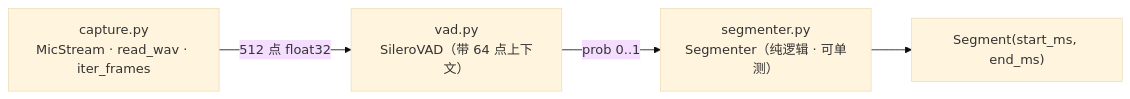
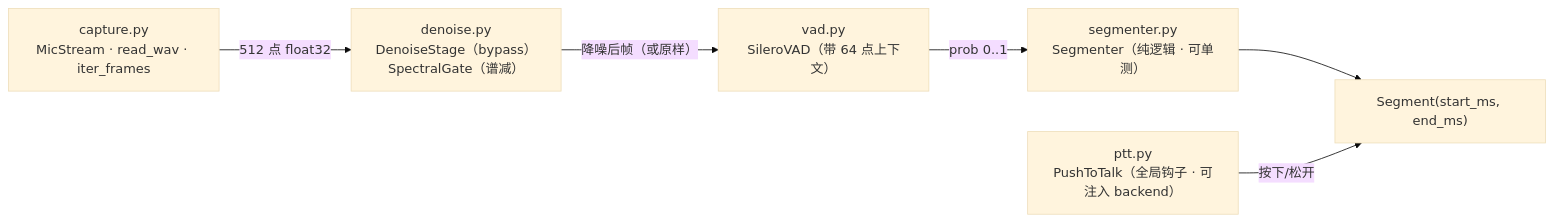
Before and after one commit to DongyueHAN/VoxDesk: the third of 3 diagrams in audio/README.md, drawn with Mermaid (base theme). The commit also changed other lines of this file and 10 other files, not shown here.

First line of the commit message:
feat(audio): M1 收尾——降噪 Stage 与 PTT 热键 [v0.5.0] @ 2026-11-05T02:15+08:00

````diff
--- a/audio/README.md
+++ b/audio/README.md
@@ -61,12 +67,16 @@
 ```mermaid
 %% diagram: AUD-L3 音频切片组件（已实现） | updated: 2026-11-05
 flowchart LR
     CAP["capture.py<br/>MicStream · read_wav · iter_frames"]
+    DN["denoise.py<br/>DenoiseStage（bypass）<br/>SpectralGate（谱减）"]
     VAD["vad.py<br/>SileroVAD（带 64 点上下文）"]
     SEG["segmenter.py<br/>Segmenter（纯逻辑 · 可单测）"]
+    PTT["ptt.py<br/>PushToTalk（全局钩子 · 可注入 backend）"]
     OUT["Segment(start_ms, end_ms)"]
 
-    CAP -->|"512 点 float32"| VAD
+    CAP -->|"512 点 float32"| DN
+    DN -->|"降噪后帧（或原样）"| VAD
     VAD -->|"prob 0..1"| SEG
     SEG --> OUT
+    PTT -->|"按下/松开"| OUT
 ```
````
